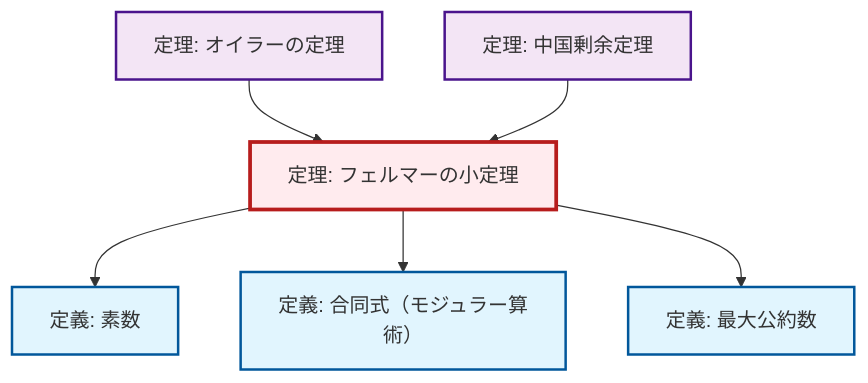
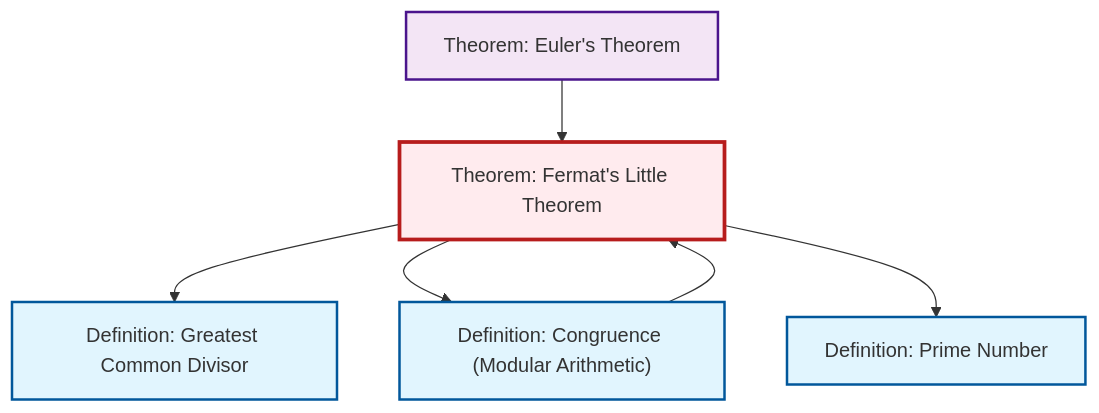
The diagram in content/ja/number-theory/thm-fermat-little.qmd (RK0429/ModernMath), drawn with Mermaid before and after one commit. The commit also changed other lines of this file and 360 other files, not shown here.

````diff
--- a/content/ja/number-theory/thm-fermat-little.qmd
+++ b/content/ja/number-theory/thm-fermat-little.qmd
@@ -89,21 +89,24 @@
 ```{mermaid}
-%%| fig-cap: "ローカル依存関係グラフ"
+%%| fig-cap: "Local dependency graph"
 graph TD
     classDef definition fill:#e1f5fe,stroke:#01579b,stroke-width:2px
     classDef theorem fill:#f3e5f5,stroke:#4a148c,stroke-width:2px
     classDef axiom fill:#fff3e0,stroke:#e65100,stroke-width:2px
     classDef example fill:#e8f5e9,stroke:#1b5e20,stroke-width:2px
     classDef current fill:#ffebee,stroke:#b71c1c,stroke-width:3px
-    thm-fermat-little["定理: フェルマーの小定理"]:::theorem
-    def-prime["定義: 素数"]:::definition
-    def-congruence["定義: 合同式（モジュラー算術）"]:::definition
-    def-gcd["定義: 最大公約数"]:::definition
-    thm-euler["定理: オイラーの定理"]:::theorem
-    thm-chinese-remainder["定理: 中国剰余定理"]:::theorem
+    thm-fermat-little["Theorem: Fermat's Little Theorem"]:::theorem
+    thm-euler["Theorem: Euler's Theorem"]:::theorem
+    def-congruence["Definition: Congruence (Modular Arithmetic)"]:::definition
+    def-prime["Definition: Prime Number"]:::definition
+    def-gcd["Definition: Greatest Common Divisor"]:::definition
+    def-congruence --> thm-fermat-little
+    thm-fermat-little --> def-gcd
+    thm-fermat-little --> def-congruence
+    thm-euler --> thm-fermat-little
     thm-fermat-little --> def-prime
-    thm-fermat-little --> def-congruence
-    thm-fermat-little --> def-gcd
-    thm-euler --> thm-fermat-little
-    thm-chinese-remainder --> thm-fermat-little
     class thm-fermat-little current
+    click thm-euler "thm-euler.html" "Theorem: Euler's Theoremへ"
+    click def-congruence "def-congruence.html" "Definition: Congruence (Modular Arithmetic)へ"
+    click def-prime "def-prime.html" "Definition: Prime Numberへ"
+    click def-gcd "def-gcd.html" "Definition: Greatest Common Divisorへ"
 ```
````
